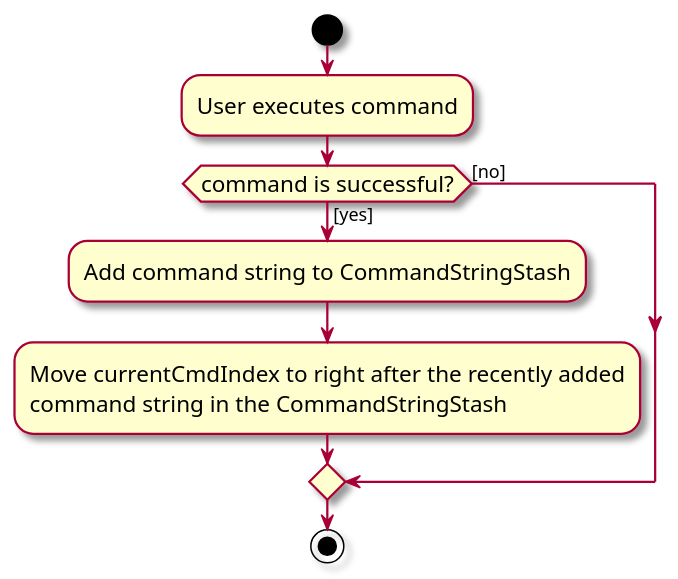
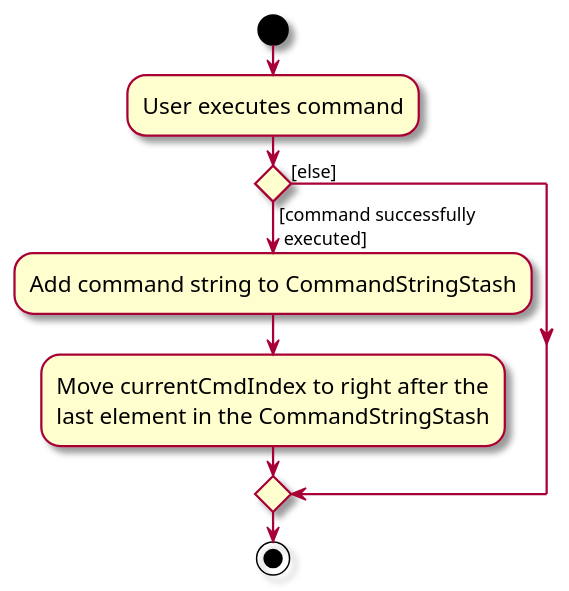
Before and after one commit to nus-cs2103-AY2324S1/tp: the diagram in docs/diagrams/AddCommandStringActivityDiagram.puml, drawn with PlantUML. The commit also changed 4 other files, not shown here.

```diff
--- a/docs/diagrams/AddCommandStringActivityDiagram.puml
+++ b/docs/diagrams/AddCommandStringActivityDiagram.puml
@@ -1,18 +1,19 @@
 @startuml
 skin rose
 skinparam ActivityFontSize 15
 skinparam ArrowFontSize 12
 start
 :User executes command;
 
 'Since the beta syntax does not support placing the condition outside the
 'diamond we place it as the true branch instead.
 
-if (command is successful?) then ([yes])
+if () then ([command successfully
+ executed])
     :Add command string to CommandStringStash;
-    :Move currentCmdIndex to right after the recently added
-    command string in the CommandStringStash;
-else ([no])
+    :Move currentCmdIndex to right after the
+    last element in the CommandStringStash;
+else ([else])
 endif
 stop
 @enduml
```
